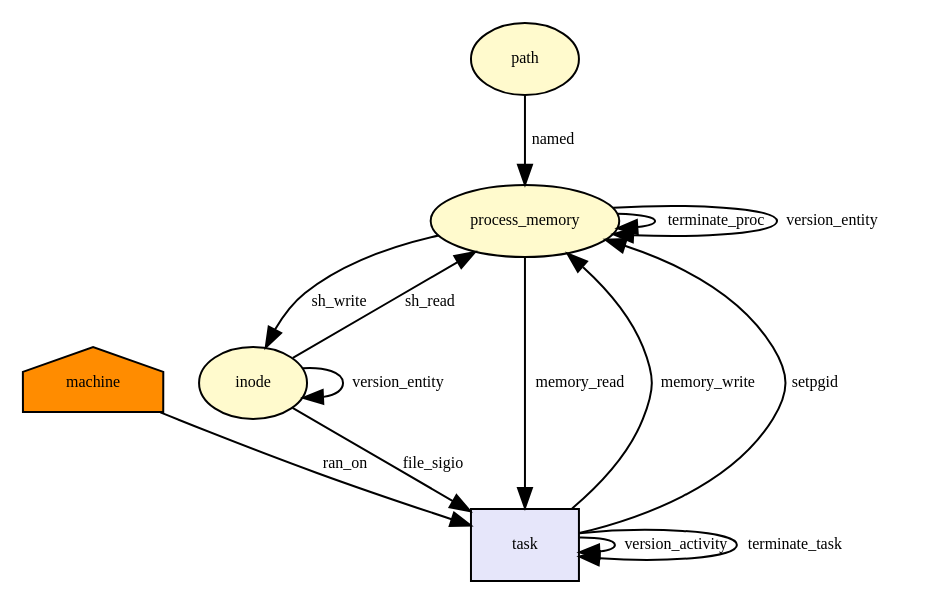
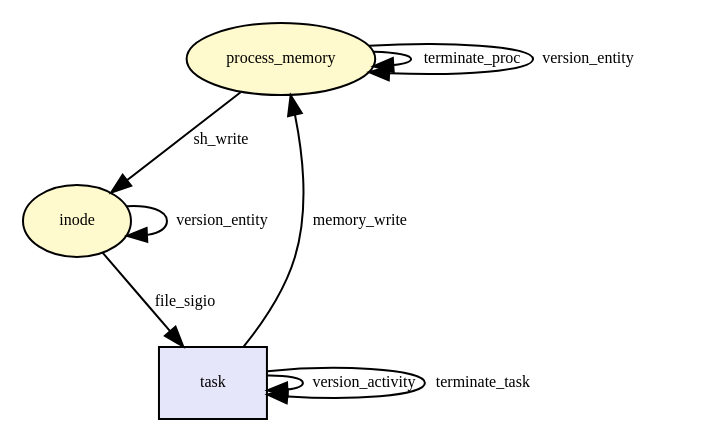
One commit to CamFlow/camflow-dev changed the diagram in docs/dot/__x64_sys_setpgid.dot. Above: the diagram before and after it, drawn with Graphviz. The commit also changed 7 other files, not shown here.

```diff
--- a/docs/dot/__x64_sys_setpgid.dot
+++ b/docs/dot/__x64_sys_setpgid.dot
@@ -1,37 +1,23 @@
 digraph RGL__DirectedAdjacencyGraph {process_memory[fontsize = 8,label = process_memory,shape = ellipse, fillcolor="#fffacd", style = filled]
 
 process_memory -> process_memory[fontsize = 8,label = terminate_proc]
 
 inode[fontsize = 8,label = inode,shape = ellipse, fillcolor="#fffacd", style = filled]
 
 task[fontsize = 8,label = task,shape = rectangle, fillcolor="#e6e6fa", style = filled]
 
 inode -> task[fontsize = 8,label = file_sigio]
 
 task -> process_memory[fontsize = 8,label = memory_write]
 
 task -> task[fontsize = 8,label = version_activity]
 
 process_memory -> process_memory[fontsize = 8,label = version_entity]
 
 process_memory -> inode[fontsize = 8,label = sh_write]
 
 inode -> inode[fontsize = 8,label = version_entity]
 
 task -> task[fontsize = 8,label = terminate_task]
 
-path[fontsize = 8,label = path,shape = ellipse, fillcolor="#fffacd", style = filled]
-
-path -> process_memory[fontsize = 8,label = named]
-
-machine[fontsize = 8,label = machine,shape = house, fillcolor="#ff8c00", style = filled]
-
-machine -> task[fontsize = 8,label = ran_on]
-
-process_memory -> task[fontsize = 8,label = memory_read]
-
-task -> process_memory[fontsize = 8,label = setpgid]
-
-inode -> process_memory[fontsize = 8,label = sh_read]
-
 }
```
